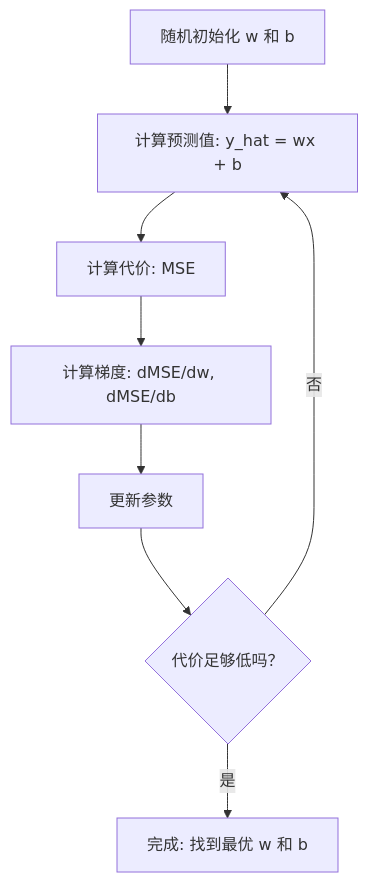
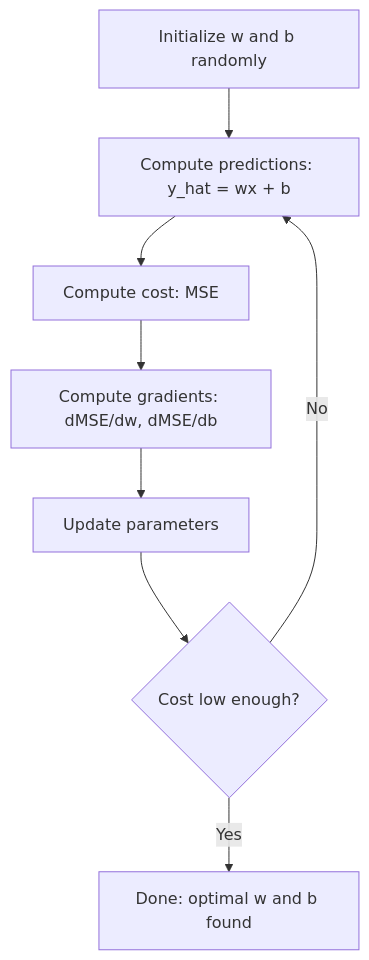
Before and after one commit to xiaojiaenen/ai-engineering-from-scratch-zh: the diagram in i18n/zh/phases/02-ml-fundamentals/02-linear-regression/docs/zh.md, drawn with Mermaid. The commit also changed other lines of this file and 18 other files, not shown here.

````diff
--- a/i18n/zh/phases/02-ml-fundamentals/02-linear-regression/docs/zh.md
+++ b/i18n/zh/phases/02-ml-fundamentals/02-linear-regression/docs/zh.md
@@ -64,10 +64,10 @@
 ```mermaid
 flowchart TD
-    A[随机初始化 w 和 b] --> B[计算预测值: y_hat = wx + b]
-    B --> C[计算代价: MSE]
-    C --> D[计算梯度: dMSE/dw, dMSE/db]
-    D --> E[更新参数]
-    E --> F{代价足够低吗？}
-    F -->|否| B
-    F -->|是| G[完成: 找到最优 w 和 b]
+    A[Initialize w and b randomly] --> B[Compute predictions: y_hat = wx + b]
+    B --> C[Compute cost: MSE]
+    C --> D[Compute gradients: dMSE/dw, dMSE/db]
+    D --> E[Update parameters]
+    E --> F{Cost low enough?}
+    F -->|No| B
+    F -->|Yes| G[Done: optimal w and b found]
 ```
````
